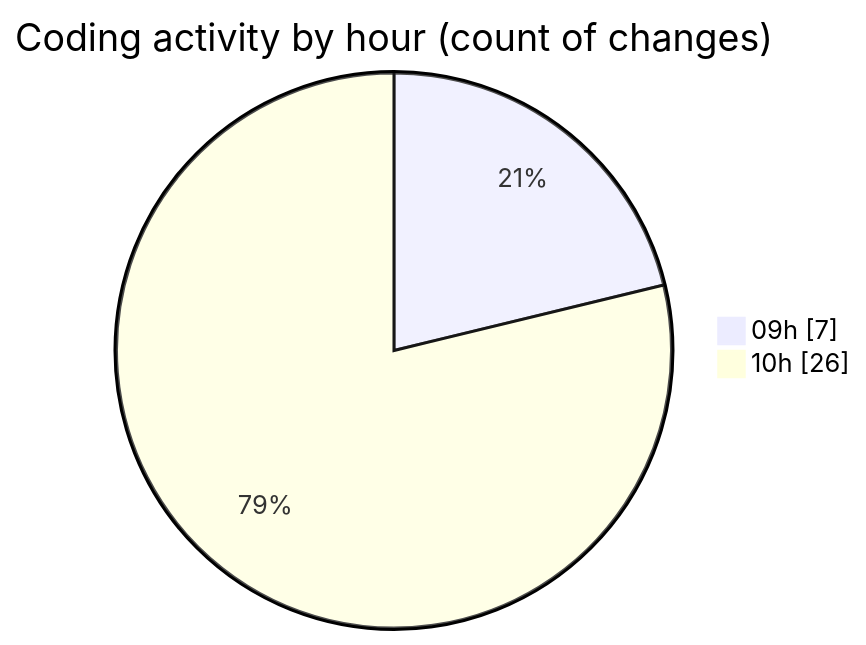
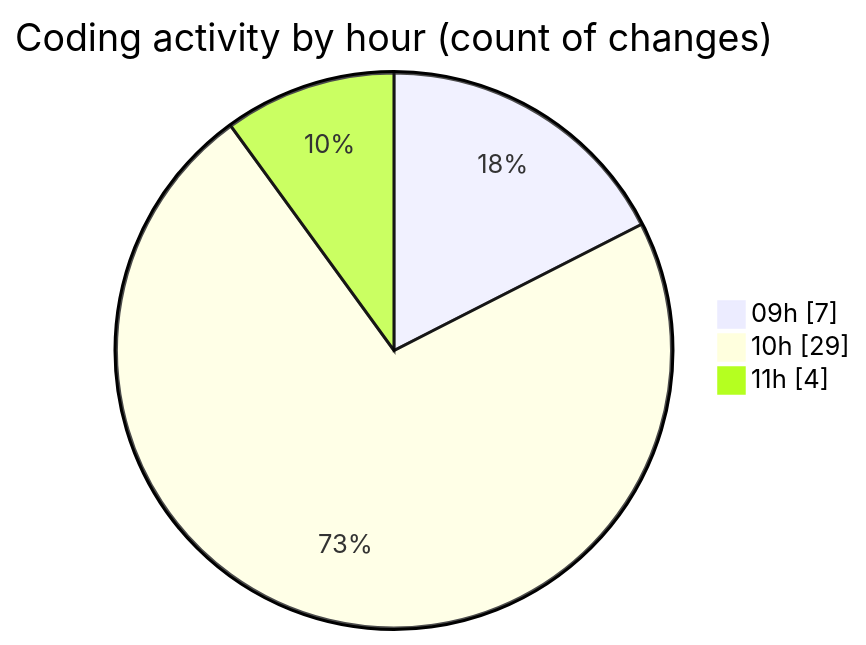
The second of 2 diagrams in 2026-03-30/cda/README.md (momahboobian/code-tracking), drawn with Mermaid before and after one commit. The commit also changed other lines of this file and 1 other file, not shown here.

````diff
--- a/2026-03-30/cda/README.md
+++ b/2026-03-30/cda/README.md
@@ -36,6 +36,7 @@
 ```mermaid
 pie showData
 title Coding activity by hour (count of changes)
 "09h" : 7
-"10h" : 26
+"10h" : 29
+"11h" : 4
 ```
````
